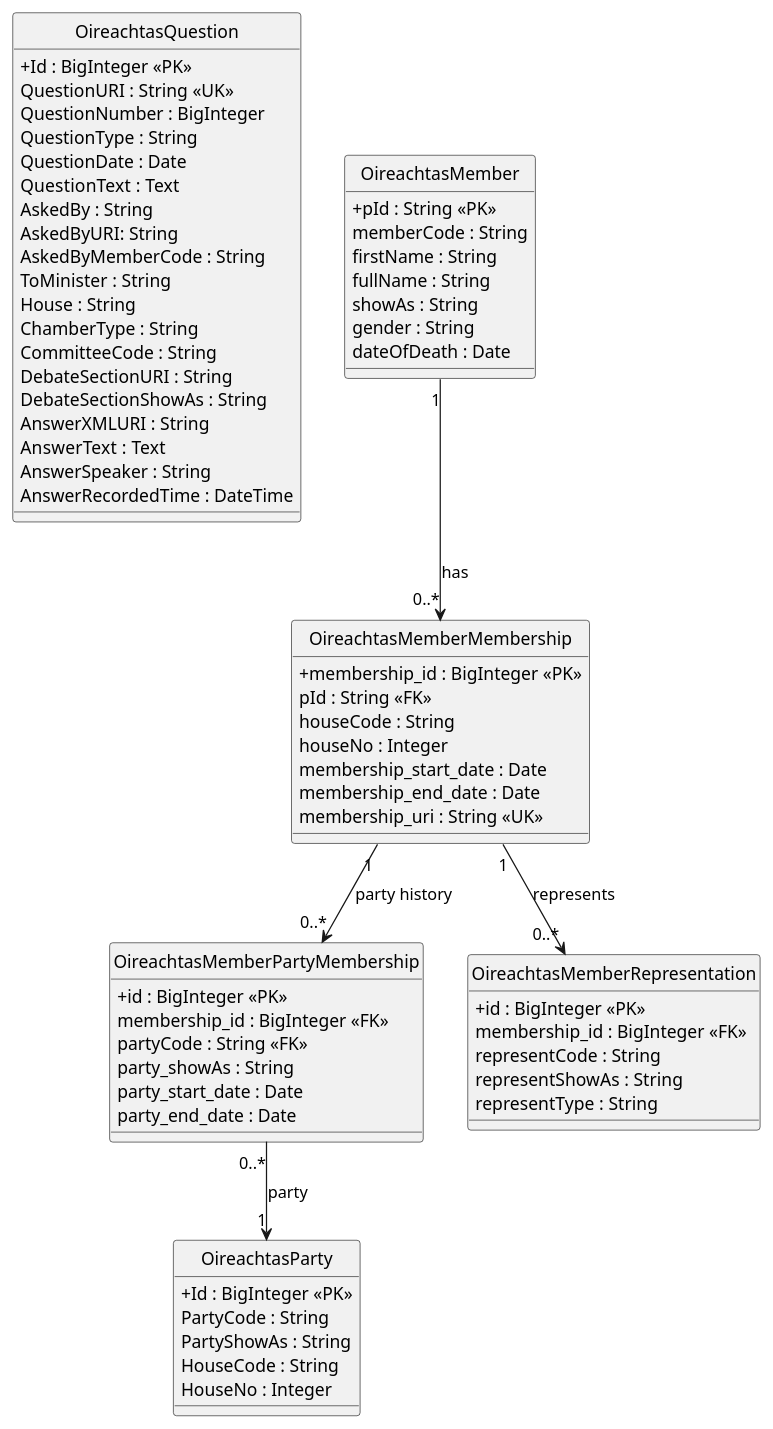
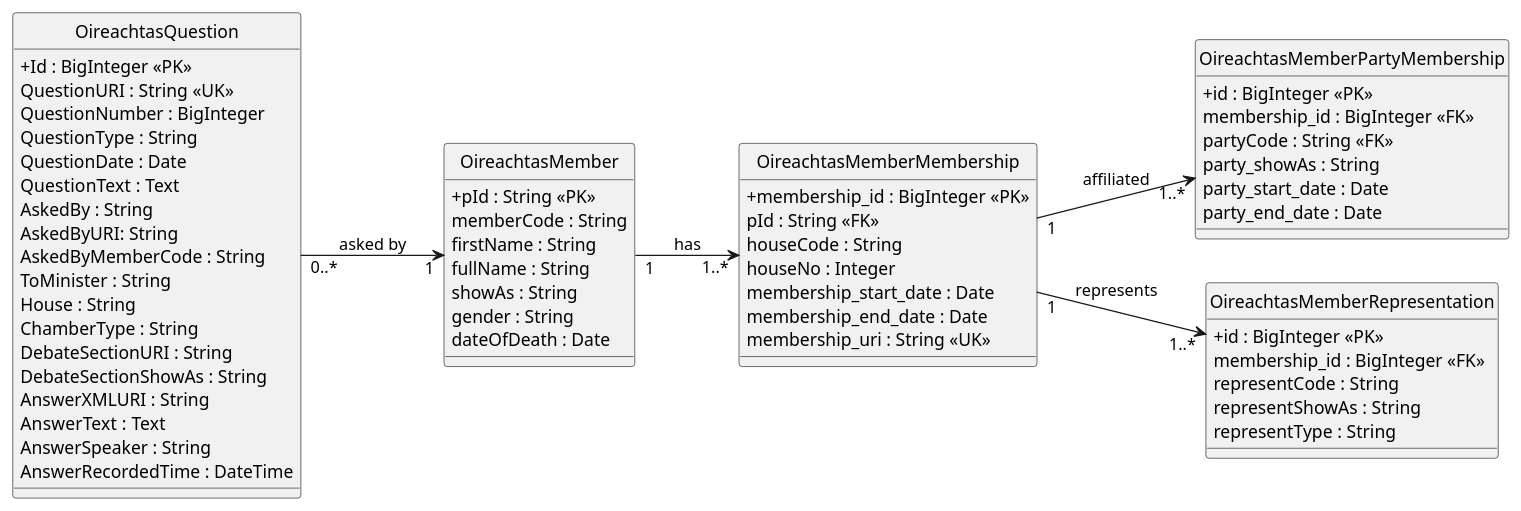
The diagram in docs/uml/er-diagram_oireachtas.puml (clarkegavin/political_discourse), drawn with PlantUML before and after one commit. The commit also changed 5 other files, not shown here.

Commit message:
added enabled parameter to pipeline configures.  Updated documentation and er diagrams

```diff
--- a/docs/uml/er-diagram_oireachtas.puml
+++ b/docs/uml/er-diagram_oireachtas.puml
@@ -1,87 +1,87 @@
 @startuml
 hide circle
 skinparam classAttributeIconSize 0
+left to right direction
 
 ' =========================
 ' OIREACHTAS DOMAIN
 ' =========================
 
 class OireachtasQuestion {
   +Id : BigInteger <<PK>>
   QuestionURI : String <<UK>>
   QuestionNumber : BigInteger
   QuestionType : String
   QuestionDate : Date
   QuestionText : Text
   AskedBy : String
   AskedByURI: String
   AskedByMemberCode : String
   ToMinister : String
   House : String
   ChamberType : String
-  CommitteeCode : String
   DebateSectionURI : String
   DebateSectionShowAs : String
   AnswerXMLURI : String
   AnswerText : Text
   AnswerSpeaker : String
   AnswerRecordedTime : DateTime
 }
 
 class OireachtasMember {
   +pId : String <<PK>>
   memberCode : String
   firstName : String
   fullName : String
   showAs : String
   gender : String
   dateOfDeath : Date
 }
 
 class OireachtasMemberMembership {
   +membership_id : BigInteger <<PK>>
   pId : String <<FK>>
   houseCode : String
   houseNo : Integer
   membership_start_date : Date
   membership_end_date : Date
   membership_uri : String <<UK>>
 }
 
 class OireachtasMemberPartyMembership {
   +id : BigInteger <<PK>>
   membership_id : BigInteger <<FK>>
   partyCode : String <<FK>>
   party_showAs : String
   party_start_date : Date
   party_end_date : Date
 }
 
 class OireachtasMemberRepresentation {
   +id : BigInteger <<PK>>
   membership_id : BigInteger <<FK>>
   representCode : String
   representShowAs : String
   representType : String
 }
 
-class OireachtasParty {
-  +Id : BigInteger <<PK>>
-  PartyCode : String
-  PartyShowAs : String
-  HouseCode : String
-  HouseNo : Integer
-}
+'class OireachtasParty {
+'  +Id : BigInteger <<PK>>
+'  PartyCode : String
+'  PartyShowAs : String
+'  HouseCode : String
+'  HouseNo : Integer
+'}
 
 
 ' =========================
 ' RELATIONSHIPS
 ' =========================
-
-OireachtasMember "1" --> "0..*" OireachtasMemberMembership : has
-OireachtasMemberMembership "1" --> "0..*" OireachtasMemberPartyMembership : party history
-OireachtasMemberMembership "1" --> "0..*" OireachtasMemberRepresentation : represents
-OireachtasMemberPartyMembership "0..*" --> "1" OireachtasParty : party
+OireachtasQuestion "0..*" --> "1" OireachtasMember : asked by
+OireachtasMember "1" --> "1..*" OireachtasMemberMembership : has
+OireachtasMemberMembership "1" --> "1..*" OireachtasMemberPartyMembership : affiliated
+OireachtasMemberMembership "1" --> "1..*" OireachtasMemberRepresentation : represents
+'OireachtasMemberPartyMembership "0..*" --> "1" OireachtasParty : party
 
 
 @enduml
```
